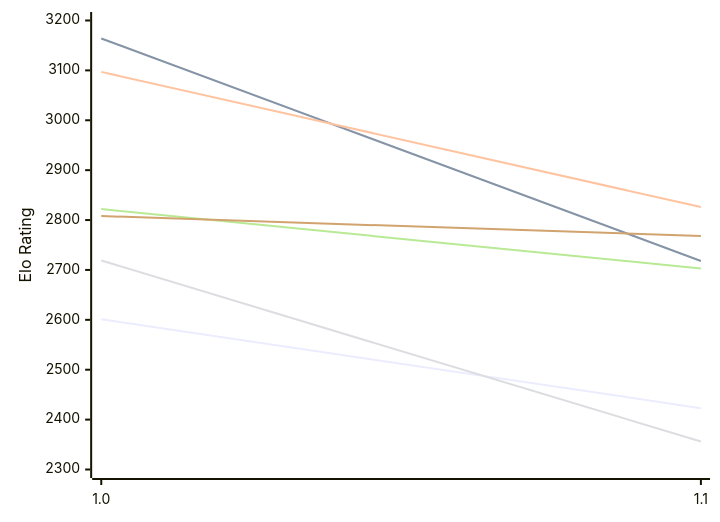
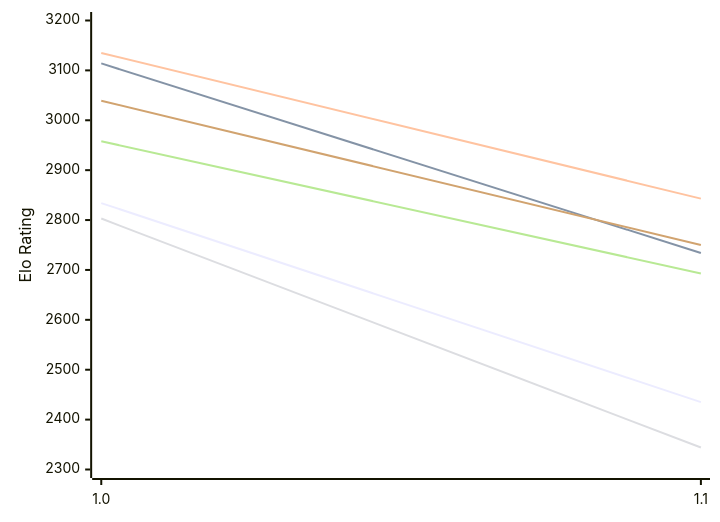
One commit to computer-chess-index/cci changed the first of 2 diagrams in engines/Publius.md. Above: the diagram before and after it, drawn with Mermaid. The commit also changed other lines of this file, not shown here.

Commit message:
Update CCI Ratings (ELO VLTC) - 2026-11-14

````diff
--- a/engines/Publius.md
+++ b/engines/Publius.md
@@ -50,12 +50,12 @@
 ```mermaid
 %%{init: {"theme":"base","themeVariables":{"seriesColors:['#a3a3a3','#222221','#faa371']}}}%%
 xychart-beta
   x-axis ["1.0", "1.1"]
   y-axis "Elo Rating" 2300 --> 3200
-  line "E1: STC (8.0+0.08s)" [2601, 2423]
-  line "E1: LTC (60.0+0.60s)" [3164, 2718]
-  line "E1: VLTC (2m24s+1.12s)" [3097, 2826]
-  line "P1: STC (8.0+0.08s)" [2719, 2356]
-  line "P1: LTC (60.0+0.60s)" [2822, 2703]
-  line "P1: VLTC (2m24s+1.12s)" [2808, 2768]
+  line "E1: STC (8.0+0.08s)" [2834, 2435]
+  line "E1: LTC (60.0+0.60s)" [3114, 2734]
+  line "E1: VLTC (2m24s+1.12s)" [3135, 2843]
+  line "P1: STC (8.0+0.08s)" [2803, 2344]
+  line "P1: LTC (60.0+0.60s)" [2958, 2693]
+  line "P1: VLTC (2m24s+1.12s)" [3039, 2750]
 ```
````
